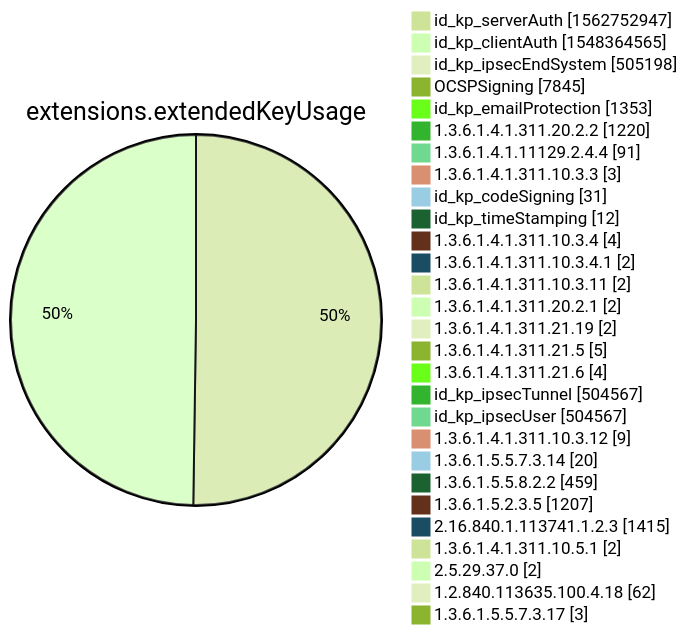
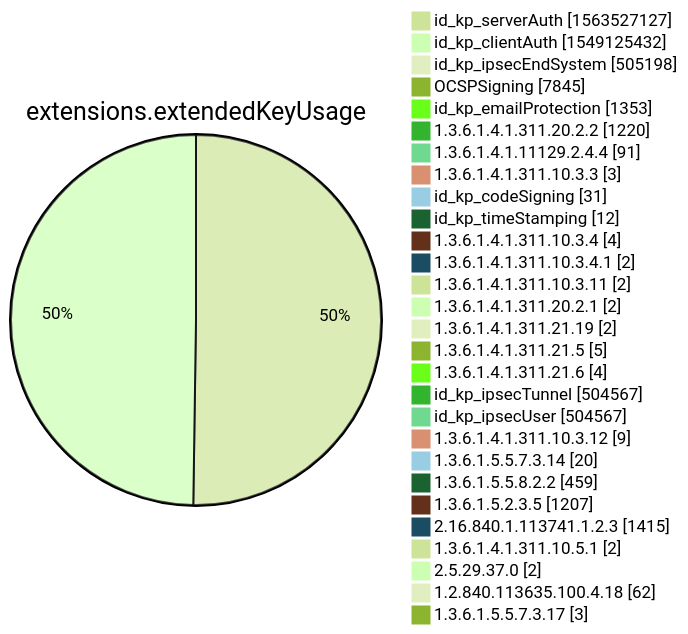
One commit to christiankrug/ctmonitor_visualization changed diagram 12 of 15 in xenon2022/README.md. Above: the diagram before and after it, drawn with Mermaid (forest theme). The commit also changed other lines of this file, not shown here.

````diff
--- a/xenon2022/README.md
+++ b/xenon2022/README.md
@@ -3883,32 +3883,32 @@
 ```mermaid
 pie showData
 title extensions.extendedKeyUsage
-"id_kp_serverAuth" :1562752947
-"id_kp_clientAuth" :1548364565
+"id_kp_serverAuth" :1563527127
+"id_kp_clientAuth" :1549125432
 "id_kp_ipsecEndSystem" :505198
 "OCSPSigning" :7845
 "id_kp_emailProtection" :1353
 "1.3.6.1.4.1.311.20.2.2" :1220
 "1.3.6.1.4.1.11129.2.4.4" :91
 "1.3.6.1.4.1.311.10.3.3" :3
 "id_kp_codeSigning" :31
 "id_kp_timeStamping" :12
 "1.3.6.1.4.1.311.10.3.4" :4
 "1.3.6.1.4.1.311.10.3.4.1" :2
 "1.3.6.1.4.1.311.10.3.11" :2
 "1.3.6.1.4.1.311.20.2.1" :2
 "1.3.6.1.4.1.311.21.19" :2
 "1.3.6.1.4.1.311.21.5" :5
 "1.3.6.1.4.1.311.21.6" :4
 "id_kp_ipsecTunnel" :504567
 "id_kp_ipsecUser" :504567
 "1.3.6.1.4.1.311.10.3.12" :9
 "1.3.6.1.5.5.7.3.14" :20
 "1.3.6.1.5.5.8.2.2" :459
 "1.3.6.1.5.2.3.5" :1207
 "2.16.840.1.113741.1.2.3" :1415
 "1.3.6.1.4.1.311.10.5.1" :2
 "2.5.29.37.0" :2
 "1.2.840.113635.100.4.18" :62
 "1.3.6.1.5.5.7.3.17" :3
 ```
````
